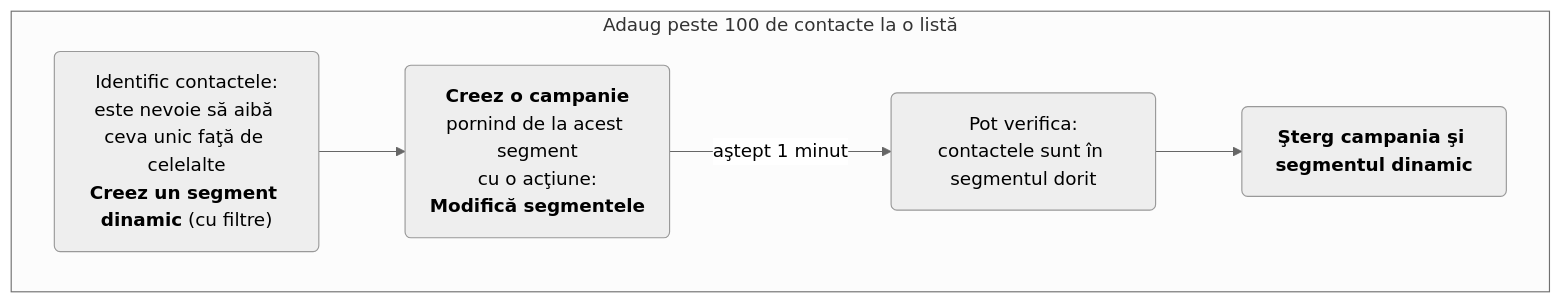
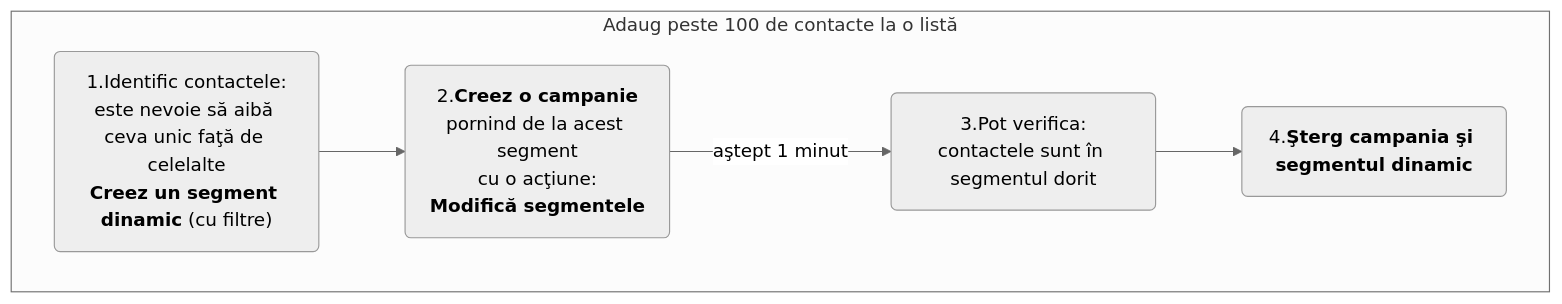
The third of 3 diagrams in _posts/2024-03-06-contacte-adaug-in-segment.md (IonutOjicaDE/IonutOjicaDE.github.io), drawn with Mermaid (neutral theme) before and after one commit. The commit also changed other lines of this file and 26 other files, not shown here.

Commit message:
adaugat autor, corectat mermaid

````diff
--- a/_posts/2024-03-06-contacte-adaug-in-segment.md
+++ b/_posts/2024-03-06-contacte-adaug-in-segment.md
@@ -91,14 +96,14 @@
 ```mermaid
 flowchart TD
-    subgraph Adaug peste 100 de contacte la o listă
-        A("`Identific contactele:
-        este nevoie să aibă ceva unic faţă de celelalte
-        **Creez un segment dinamic** (cu filtre)`") --> B("`**Creez o campanie**
-        pornind de la acest segment
-        cu o acţiune:
-        **Modifică segmentele**`")
-        B -- aştept 1 minut --> C("`Pot verifica:
-        contactele sunt în segmentul dorit`")
-        C --> D("`**Şterg campania şi segmentul dinamic**`")
-    end
+  subgraph Adaug peste 100 de contacte la o listă
+    A("`1.Identific contactele:
+    este nevoie să aibă ceva unic faţă de celelalte
+    **Creez un segment dinamic** (cu filtre)`") --> B("`2.**Creez o campanie**
+    pornind de la acest segment
+    cu o acţiune:
+    **Modifică segmentele**`")
+    B -- aştept 1 minut --> C("`3.Pot verifica:
+    contactele sunt în segmentul dorit`")
+    C --> D("`4.**Şterg campania şi segmentul dinamic**`")
+  end
 ```
````
